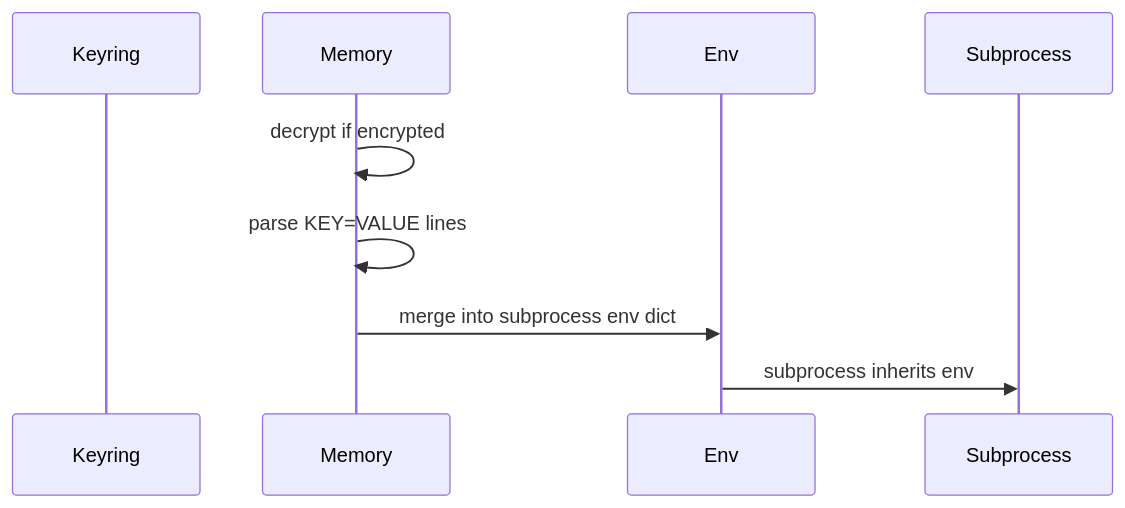
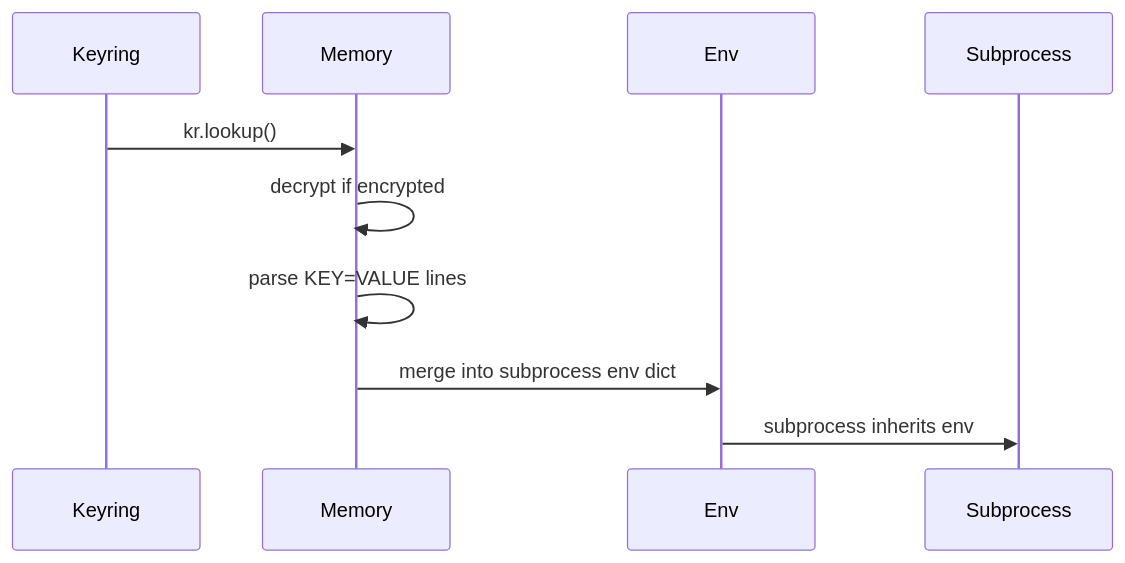
One commit to hugobatista/kleys changed the fourth of 6 diagrams in docs/ARCHITECT.md. Above: the diagram before and after it, drawn with Mermaid. The commit also changed other lines of this file and 2 other files, not shown here.

First line of the commit message:
fix: declining .env import now falls through to keyring/paste flow (#3)

````diff
--- a/docs/ARCHITECT.md
+++ b/docs/ARCHITECT.md
@@ -87,12 +89,13 @@
 ```mermaid
 sequenceDiagram
     participant K as Keyring
     participant M as Memory
     participant E as Env
     participant P as Subprocess
     
+    K->>M: kr.lookup()
     M->>M: decrypt if encrypted
     M->>M: parse KEY=VALUE lines
     M->>E: merge into subprocess env dict
     E->>P: subprocess inherits env
 ```
````
